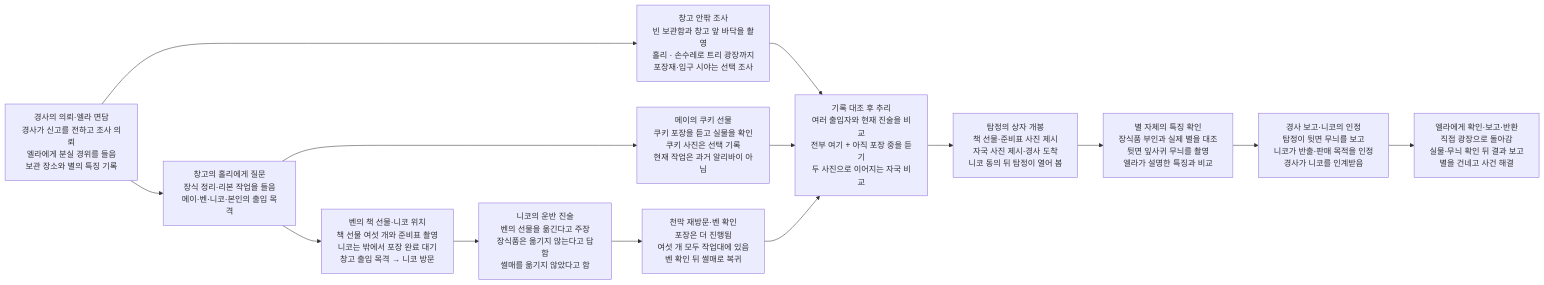
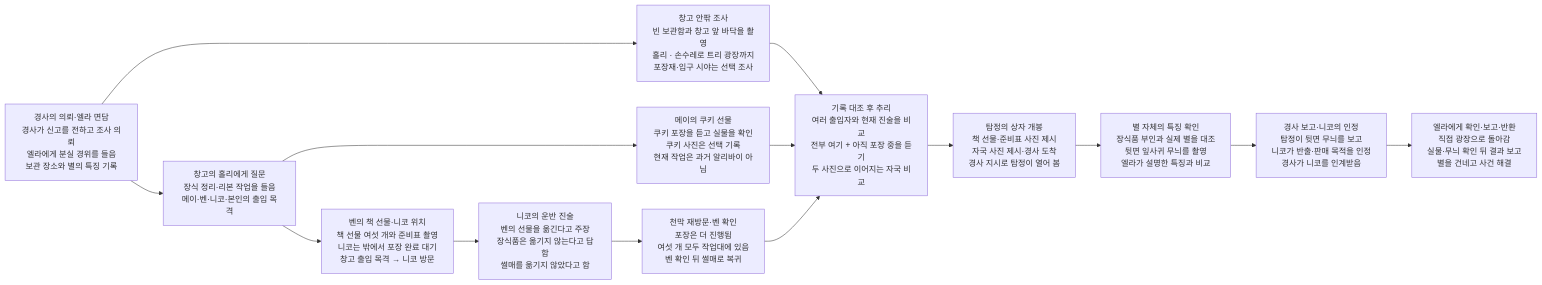
Before and after one commit to wonny95/detective-v2: the second of 2 diagrams in design/case-10-christmas-star.md, drawn with Mermaid. The commit also changed other lines of this file and 6 other files, not shown here.

````diff
--- a/design/case-10-christmas-star.md
+++ b/design/case-10-christmas-star.md
@@ -47,28 +47,28 @@
 ```mermaid
 flowchart LR
     s1["경사의 의뢰·엘라 면담<br/>경사가 신고를 전하고 조사 의뢰<br/>엘라에게 분실 경위를 들음<br/>보관 장소와 별의 특징 기록"]
     s2["창고의 홀리에게 질문<br/>장식 정리·리본 작업을 들음<br/>메이·벤·니코·본인의 출입 목격"]
     s3["창고 안팎 조사<br/>빈 보관함과 창고 앞 바닥을 촬영<br/>홀리 · 손수레로 트리 광장까지<br/>포장재·입구 시야는 선택 조사"]
     s4["메이의 쿠키 선물<br/>쿠키 포장을 듣고 실물을 확인<br/>쿠키 사진은 선택 기록<br/>현재 작업은 과거 알리바이 아님"]
     s5["벤의 책 선물·니코 위치<br/>책 선물 여섯 개와 준비표 촬영<br/>니코는 밖에서 포장 완료 대기<br/>창고 출입 목격 → 니코 방문"]
     s6["니코의 운반 진술<br/>벤의 선물을 옮긴다고 주장<br/>장식품은 옮기지 않는다고 답함<br/>썰매를 옮기지 않았다고 함"]
     s7["천막 재방문·벤 확인<br/>포장은 더 진행됨<br/>여섯 개 모두 작업대에 있음<br/>벤 확인 뒤 썰매로 복귀"]
     s8["기록 대조 후 추리<br/>여러 출입자와 현재 진술을 비교<br/>전부 여기 + 아직 포장 중을 듣기<br/>두 사진으로 이어지는 자국 비교"]
-    s9["탐정의 상자 개봉<br/>책 선물·준비표 사진 제시<br/>자국 사진 제시·경사 도착<br/>니코 동의 뒤 탐정이 열어 봄"]
+    s9["탐정의 상자 개봉<br/>책 선물·준비표 사진 제시<br/>자국 사진 제시·경사 도착<br/>경사 지시로 탐정이 열어 봄"]
     s10["별 자체의 특징 확인<br/>장식품 부인과 실제 별을 대조<br/>뒷면 잎사귀 무늬를 촬영<br/>엘라가 설명한 특징과 비교"]
     s11["경사 보고·니코의 인정<br/>탐정이 뒷면 무늬를 보고<br/>니코가 반출·판매 목적을 인정<br/>경사가 니코를 인계받음"]
     s12["엘라에게 확인·보고·반환<br/>직접 광장으로 돌아감<br/>실물·무늬 확인 뒤 결과 보고<br/>별을 건네고 사건 해결"]
     s1 --> s2
     s1 --> s3
     s2 --> s4
     s2 --> s5
     s3 --> s8
     s4 --> s8
     s5 --> s6
     s6 --> s7
     s7 --> s8
     s8 --> s9
     s9 --> s10
     s10 --> s11
     s11 --> s12
 ```
````
